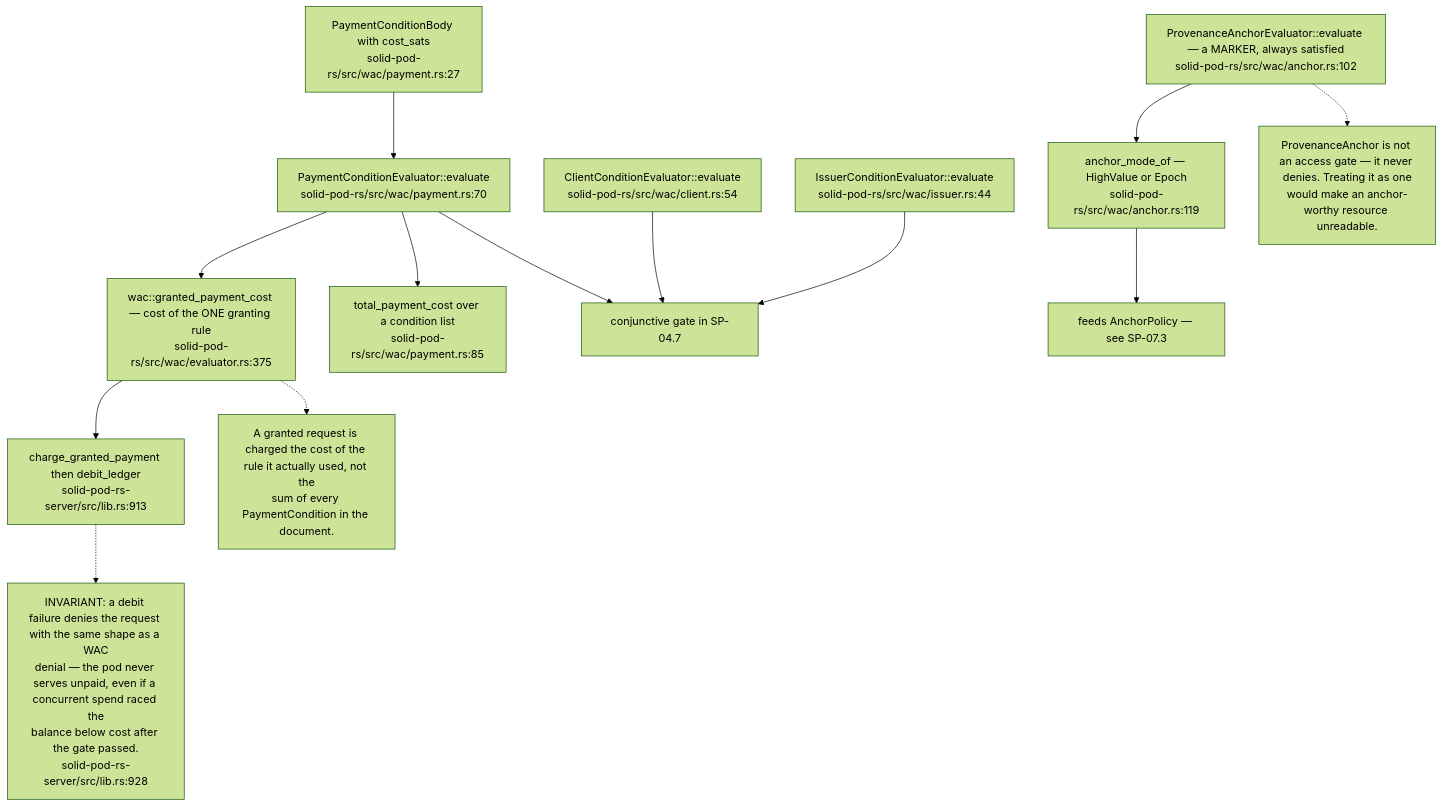
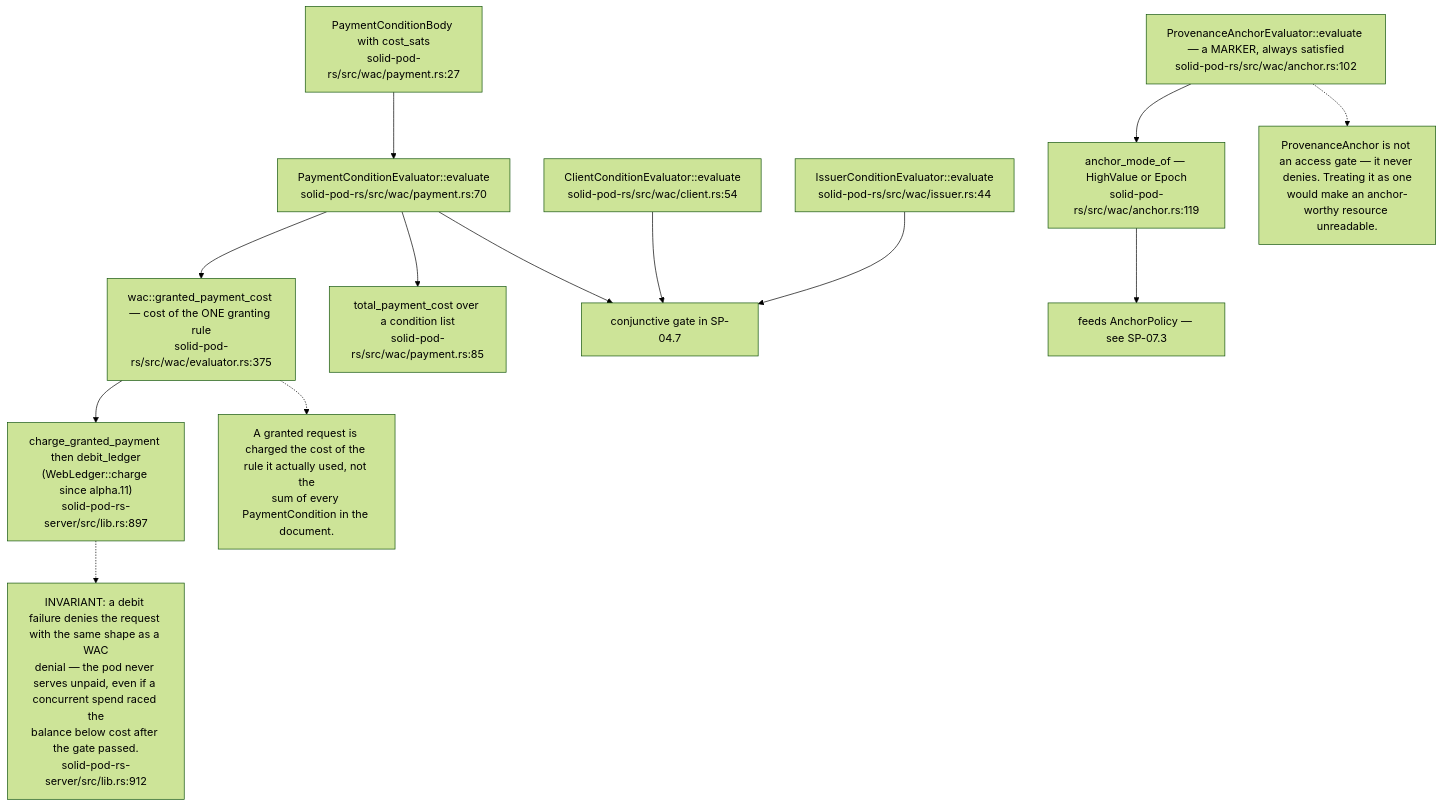
One commit to DreamLab-AI/VisionFlow changed diagram 11 of 13 in docs/diagrams/solid-pod-rs/04-wac-authorisation.md. Above: the diagram before and after it, drawn with Mermaid (forest theme). The commit also changed other lines of this file and 21 other files, not shown here.

Commit message:
docs(diagrams): refresh first verified estate batch

````diff
--- a/docs/diagrams/solid-pod-rs/04-wac-authorisation.md
+++ b/docs/diagrams/solid-pod-rs/04-wac-authorisation.md
@@ -322,26 +322,26 @@
 ```mermaid
 flowchart TD
     PAY["PaymentConditionEvaluator::evaluate<br/>solid-pod-rs/src/wac/payment.rs:70"]
     BODY["PaymentConditionBody with cost_sats<br/>solid-pod-rs/src/wac/payment.rs:27"]
     TOT["total_payment_cost over a condition list<br/>solid-pod-rs/src/wac/payment.rs:85"]
     GPC["wac::granted_payment_cost — cost of the ONE granting rule<br/>solid-pod-rs/src/wac/evaluator.rs:375"]
-    CG["charge_granted_payment then debit_ledger<br/>solid-pod-rs-server/src/lib.rs:913"]
+    CG["charge_granted_payment then debit_ledger<br/>(WebLedger::charge since alpha.11)<br/>solid-pod-rs-server/src/lib.rs:897"]
     CLI["ClientConditionEvaluator::evaluate<br/>solid-pod-rs/src/wac/client.rs:54"]
     ISS["IssuerConditionEvaluator::evaluate<br/>solid-pod-rs/src/wac/issuer.rs:44"]
     ANC["ProvenanceAnchorEvaluator::evaluate — a MARKER, always satisfied<br/>solid-pod-rs/src/wac/anchor.rs:102"]
     MODE["anchor_mode_of — HighValue or Epoch<br/>solid-pod-rs/src/wac/anchor.rs:119"]
 
     BODY --> PAY --> GPC --> CG
     PAY --> TOT
     CLI --> GATE["conjunctive gate in SP-04.7"]
     ISS --> GATE
     PAY --> GATE
     ANC --> MODE --> PROV["feeds AnchorPolicy — see SP-07.3"]
 
     N1["A granted request is charged the cost of the rule it actually used, not the<br/>sum of every PaymentCondition in the document."]
     GPC -.-> N1
-    N2["INVARIANT: a debit failure denies the request with the same shape as a WAC<br/>denial — the pod never serves unpaid, even if a concurrent spend raced the<br/>balance below cost after the gate passed.<br/>solid-pod-rs-server/src/lib.rs:928"]
+    N2["INVARIANT: a debit failure denies the request with the same shape as a WAC<br/>denial — the pod never serves unpaid, even if a concurrent spend raced the<br/>balance below cost after the gate passed.<br/>solid-pod-rs-server/src/lib.rs:912"]
     CG -.-> N2
     N3["ProvenanceAnchor is not an access gate — it never denies. Treating it as one<br/>would make an anchor-worthy resource unreadable."]
     ANC -.-> N3
 ```
````
